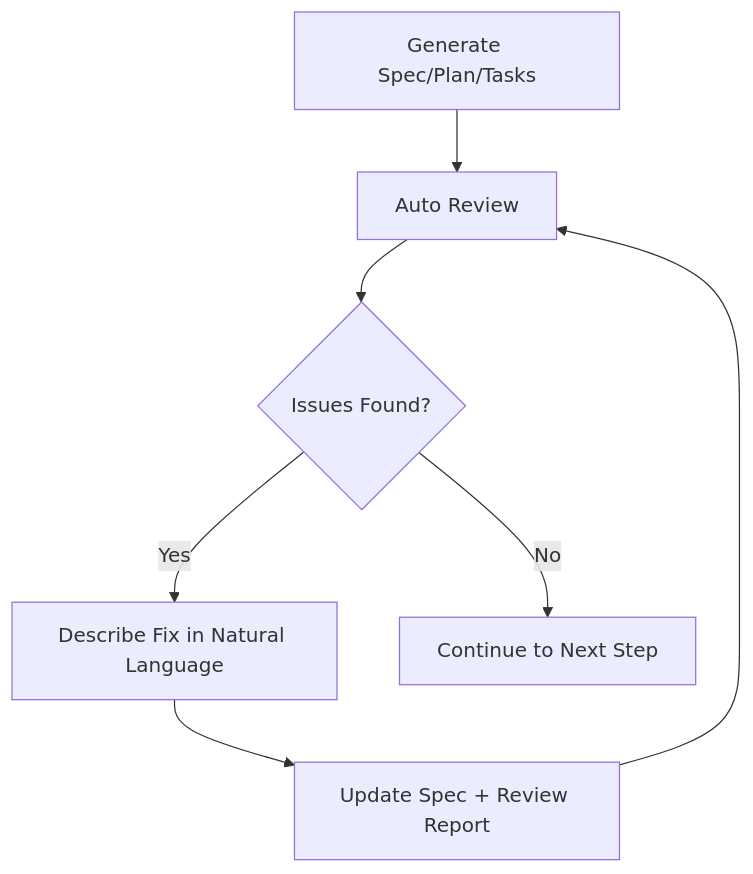
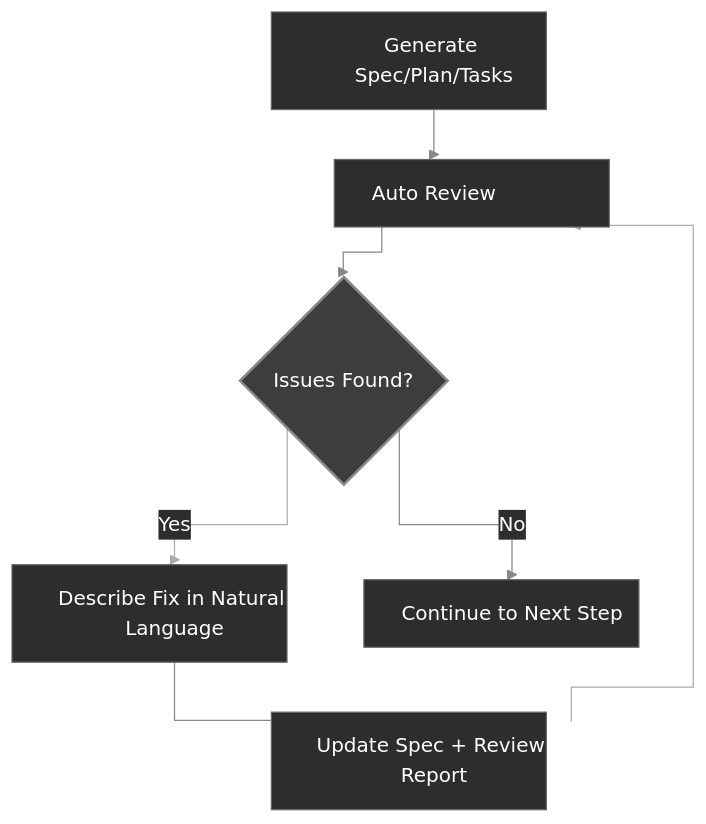
One commit to Zts0hg/codexspec changed the third of 3 diagrams in README.md. Above: the diagram before and after it, drawn with Mermaid. The commit also changed other lines of this file, not shown here.

Commit message:
refactor(readme): 优化表格格式和Mermaid图表样式以提升可读性

````diff
--- a/README.md
+++ b/README.md
@@ -252,9 +281,35 @@
 ```mermaid
+%%{init: {
+  'theme': 'base',
+  'themeVariables': {
+    'lineColor': '#888888',
+    'primaryColor': '#2d2d2d',
+    'primaryTextColor': '#ffffff',
+    'primaryBorderColor': '#666666'
+  },
+  'flowchart': {
+    'curve': 'stepBefore',
+    'nodeSpacing': 50,
+    'rankSpacing': 40
+  }
+}}%%
 flowchart TB
-    A["Generate Spec/Plan/Tasks"] --> B["Auto Review"]
-    B --> C{"Issues Found?"}
-    C -->|Yes| D["Describe Fix in Natural Language"]
-    D --> E["Update Spec + Review Report"]
+    %% 定义矩形样式：固定宽度 220px 确保线条垂直对齐
+    classDef rectStyle fill:#2d2d2d,stroke:#666,stroke-width:1px,color:#fff,width:220px;
+    %% 定义判定框样式
+    classDef diamondStyle fill:#3d3d3d,stroke:#888,stroke-width:2px,color:#fff;
+
+    A["Generate Spec/Plan/Tasks"]:::rectStyle --> B["Auto Review"]:::rectStyle
+    B --> C{"Issues Found?"}:::diamondStyle
+
+    C -->|Yes| D["Describe Fix in Natural Language"]:::rectStyle
+    D --> E["Update Spec + Review Report"]:::rectStyle
+
+    %% 回调连线
     E --> B
-    C -->|No| F["Continue to Next Step"]
+
+    C -->|No| F["Continue to Next Step"]:::rectStyle
+
+    %% 针对 Yes/No 标签的样式优化（可选）
+    linkStyle 2,4 stroke:#aaa,stroke-width:1px;
 ```
````
